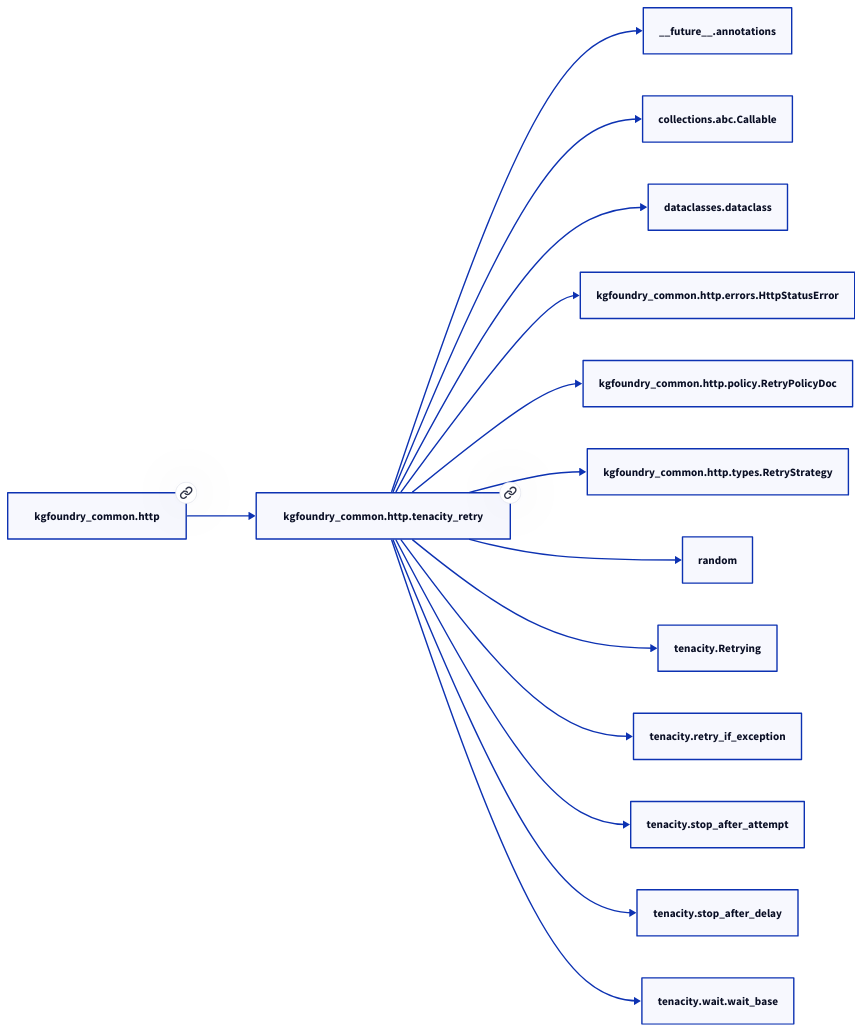
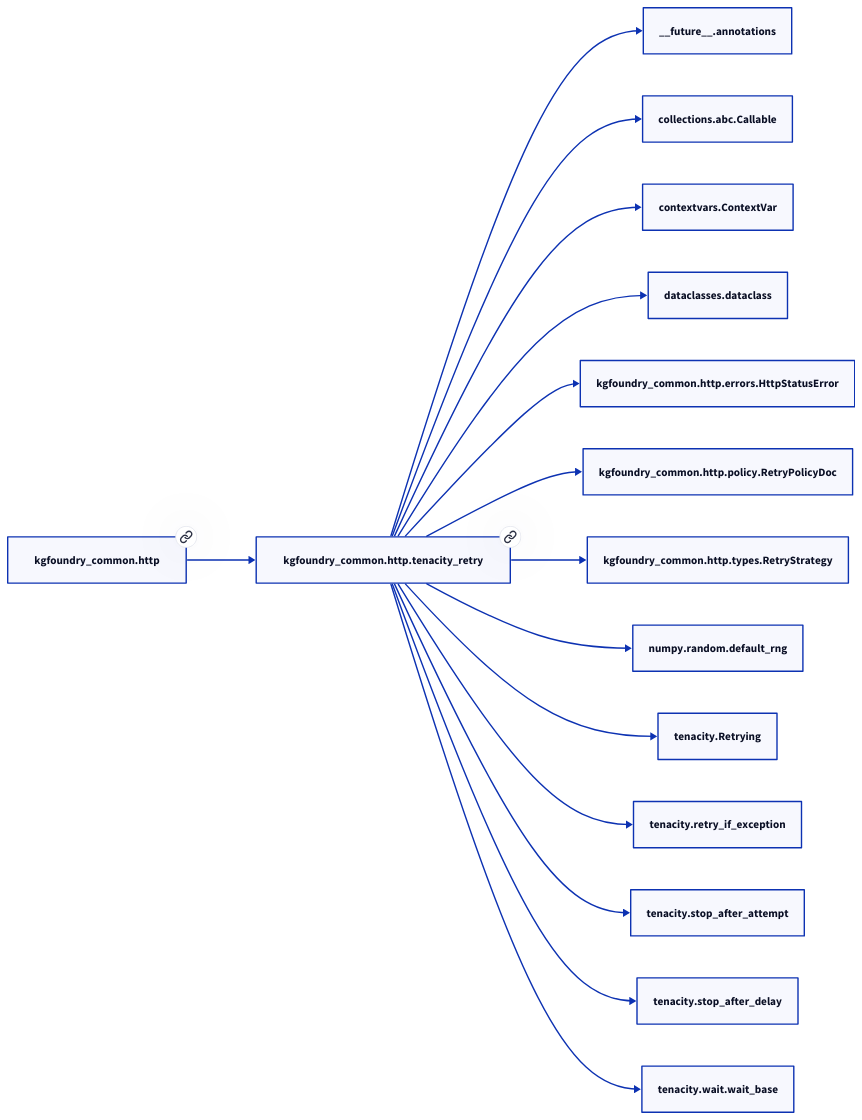
One commit to paul-heyse/kgforge changed the second of 2 diagrams in docs/modules/kgfoundry_common/http/tenacity_retry.md. Above: the diagram before and after it, drawn with D2. The commit also changed other lines of this file and 29 other files, not shown here.

````diff
--- a/docs/modules/kgfoundry_common/http/tenacity_retry.md
+++ b/docs/modules/kgfoundry_common/http/tenacity_retry.md
@@ -88,30 +88,32 @@
 ```d2
 direction: right
 "kgfoundry_common.http.tenacity_retry": "kgfoundry_common.http.tenacity_retry" { link: "https://github.com/paul-heyse/kgfoundry/blob/main/src/kgfoundry_common/http/tenacity_retry.py" }
 "__future__.annotations": "__future__.annotations"
 "kgfoundry_common.http.tenacity_retry" -> "__future__.annotations"
 "collections.abc.Callable": "collections.abc.Callable"
 "kgfoundry_common.http.tenacity_retry" -> "collections.abc.Callable"
+"contextvars.ContextVar": "contextvars.ContextVar"
+"kgfoundry_common.http.tenacity_retry" -> "contextvars.ContextVar"
 "dataclasses.dataclass": "dataclasses.dataclass"
 "kgfoundry_common.http.tenacity_retry" -> "dataclasses.dataclass"
 "kgfoundry_common.http.errors.HttpStatusError": "kgfoundry_common.http.errors.HttpStatusError"
 "kgfoundry_common.http.tenacity_retry" -> "kgfoundry_common.http.errors.HttpStatusError"
 "kgfoundry_common.http.policy.RetryPolicyDoc": "kgfoundry_common.http.policy.RetryPolicyDoc"
 "kgfoundry_common.http.tenacity_retry" -> "kgfoundry_common.http.policy.RetryPolicyDoc"
 "kgfoundry_common.http.types.RetryStrategy": "kgfoundry_common.http.types.RetryStrategy"
 "kgfoundry_common.http.tenacity_retry" -> "kgfoundry_common.http.types.RetryStrategy"
-"random": "random"
-"kgfoundry_common.http.tenacity_retry" -> "random"
+"numpy.random.default_rng": "numpy.random.default_rng"
+"kgfoundry_common.http.tenacity_retry" -> "numpy.random.default_rng"
 "tenacity.Retrying": "tenacity.Retrying"
 "kgfoundry_common.http.tenacity_retry" -> "tenacity.Retrying"
 "tenacity.retry_if_exception": "tenacity.retry_if_exception"
 "kgfoundry_common.http.tenacity_retry" -> "tenacity.retry_if_exception"
 "tenacity.stop_after_attempt": "tenacity.stop_after_attempt"
 "kgfoundry_common.http.tenacity_retry" -> "tenacity.stop_after_attempt"
 "tenacity.stop_after_delay": "tenacity.stop_after_delay"
 "kgfoundry_common.http.tenacity_retry" -> "tenacity.stop_after_delay"
 "tenacity.wait.wait_base": "tenacity.wait.wait_base"
 "kgfoundry_common.http.tenacity_retry" -> "tenacity.wait.wait_base"
 "kgfoundry_common.http": "kgfoundry_common.http" { link: "https://github.com/paul-heyse/kgfoundry/blob/main/src/kgfoundry_common/http/__init__.py" }
 "kgfoundry_common.http" -> "kgfoundry_common.http.tenacity_retry" { style: dashed }
 ```
````
